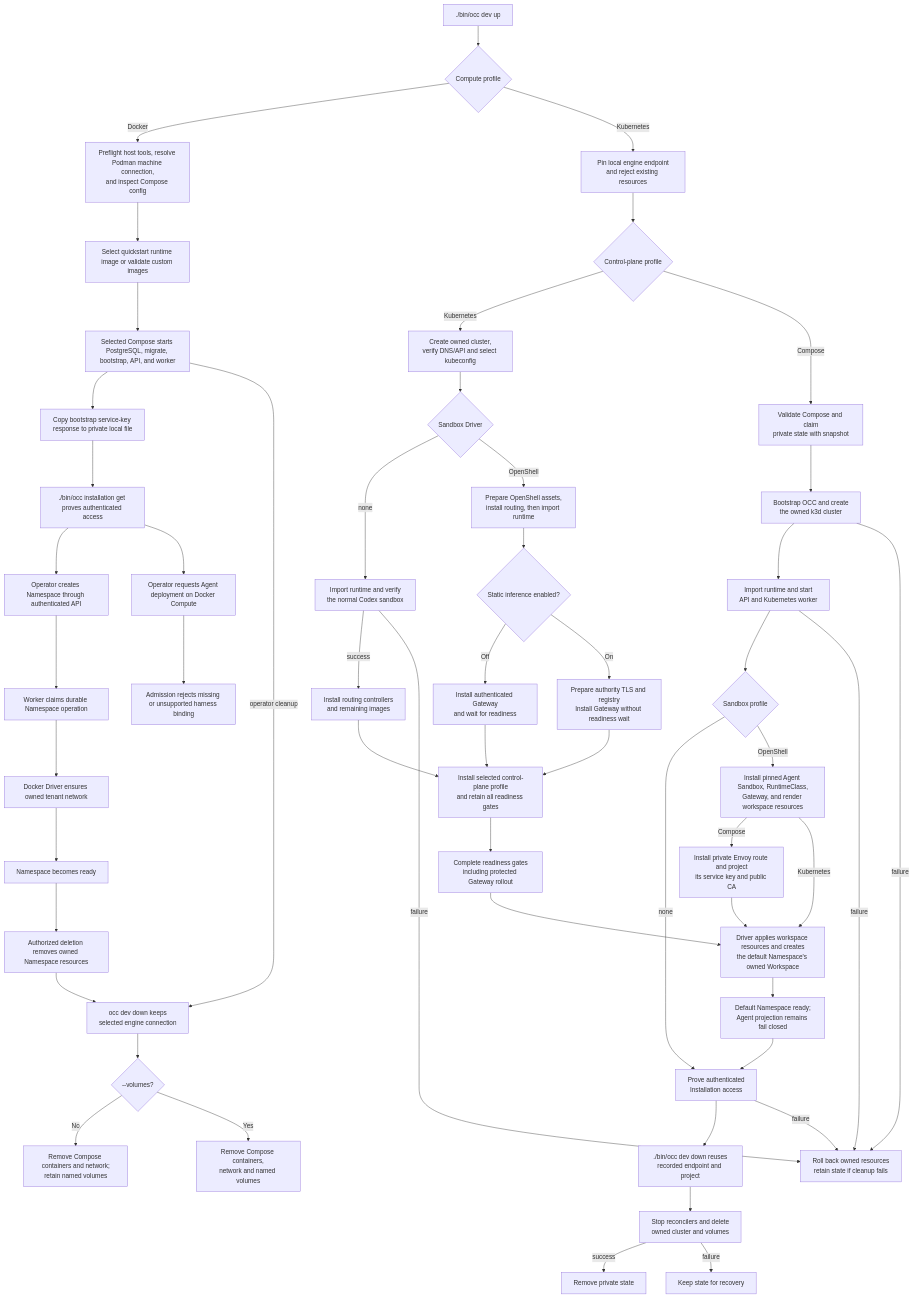
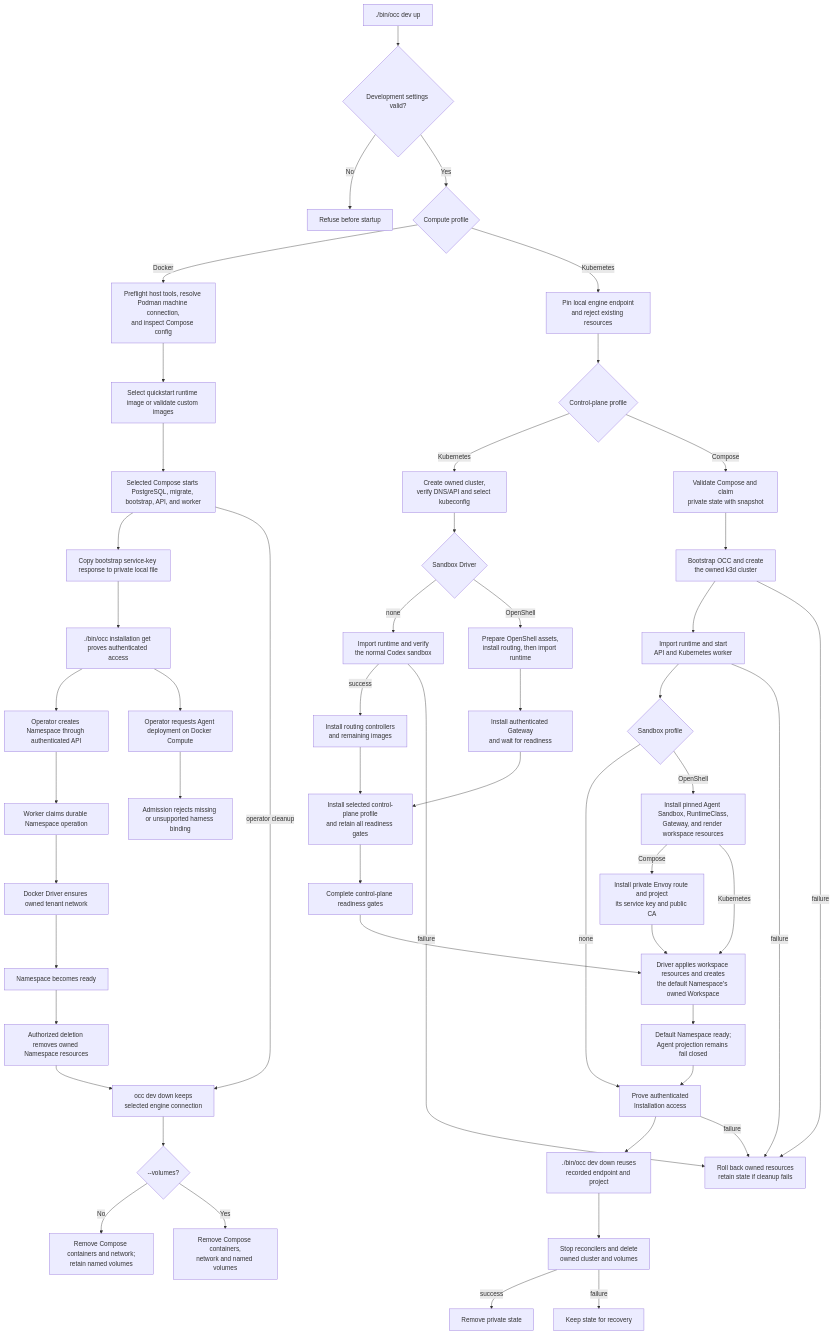
The diagram in docs/flows/docker-compose-development.md (openclaw/openclaw-enterprise), drawn with Mermaid before and after one commit. The commit also changed other lines of this file, not shown here.

Commit message:
Remove the retired startup branch from the development flow

````diff
--- a/docs/flows/docker-compose-development.md
+++ b/docs/flows/docker-compose-development.md
@@ -50,56 +50,55 @@
 ```mermaid
 graph TD
-  A["./bin/occ dev up"] --> Profile{"Compute profile"}
+  A["./bin/occ dev up"] --> Guard{"Development settings valid?"}
+  Guard -->|No| Refuse["Refuse before startup"]
+  Guard -->|Yes| Profile{"Compute profile"}
   Profile -->|Docker| B["Preflight host tools, resolve Podman machine connection,<br/>and inspect Compose config"]
   Profile -->|Kubernetes| KPre["Pin local engine endpoint<br/>and reject existing resources"]
   KPre --> KControl{"Control-plane profile"}
   KControl -->|Kubernetes| KOwned["Create owned cluster,<br/>verify DNS/API and select kubeconfig"]
   KOwned --> KDriver{"Sandbox Driver"}
   KDriver -->|none| KCodex["Import runtime and verify<br/>the normal Codex sandbox"]
   KCodex -->|success| KRoutingFirst["Install routing controllers<br/>and remaining images"]
   KCodex -->|failure| KRollback
   KDriver -->|OpenShell| KOpenFirst["Prepare OpenShell assets,<br/>install routing, then import runtime"]
   KRoutingFirst --> KOnly["Install selected control-plane profile<br/>and retain all readiness gates"]
-  KOpenFirst --> KProtection{"Static inference enabled?"}
-  KProtection -->|Off| KGateway["Install authenticated Gateway<br/>and wait for readiness"]
+  KOpenFirst --> KGateway["Install authenticated Gateway<br/>and wait for readiness"]
   KGateway --> KOnly
-  KProtection -->|On| KAuthority["Prepare authority TLS and registry<br/>Install Gateway without readiness wait"]
-  KAuthority --> KOnly
-  KOnly --> KWait["Complete readiness gates<br/>including protected Gateway rollout"]
+  KOnly --> KWait["Complete control-plane readiness gates"]
   KWait --> KWorkspace
   KControl -->|Compose| KConfig["Validate Compose and claim<br/>private state with snapshot"]
   KConfig --> KStart["Bootstrap OCC and create<br/>the owned k3d cluster"]
   KStart --> KReady["Import runtime and start<br/>API and Kubernetes worker"]
   KReady --> KSandbox{"Sandbox profile"}
   KSandbox -->|none| KProof
   KSandbox -->|OpenShell| KOpenShell["Install pinned Agent Sandbox, RuntimeClass,<br/>Gateway, and render workspace resources"]
   KOpenShell -->|Compose| KRouting["Install private Envoy route and project<br/>its service key and public CA"]
   KRouting --> KWorkspace["Driver applies workspace resources and creates<br/>the default Namespace's owned Workspace"]
   KOpenShell -->|Kubernetes| KWorkspace
   KWorkspace --> KFailClosed["Default Namespace ready;<br/>Agent projection remains fail closed"]
   KFailClosed --> KProof
   KProof["Prove authenticated<br/>Installation access"]
   KProof --> KDown["./bin/occ dev down reuses<br/>recorded endpoint and project"]
   KStart -->|failure| KRollback["Roll back owned resources<br/>retain state if cleanup fails"]
   KReady -->|failure| KRollback
   KProof -->|failure| KRollback
   KDown --> KRemove["Stop reconcilers and delete<br/>owned cluster and volumes"]
   KRemove -->|success| KDone["Remove private state"]
   KRemove -->|failure| KRetain["Keep state for recovery"]
   B --> C["Select quickstart runtime image or validate custom images"]
   C --> D["Selected Compose starts PostgreSQL, migrate, bootstrap, API, and worker"]
   D --> E["Copy bootstrap service-key response to private local file"]
   E --> F["./bin/occ installation get proves authenticated access"]
   F --> G["Operator creates Namespace through authenticated API"]
   G --> H["Worker claims durable Namespace operation"]
   H --> I["Docker Driver ensures owned tenant network"]
   I --> J["Namespace becomes ready"]
   F --> K["Operator requests Agent deployment on Docker Compute"]
   K --> L["Admission rejects missing or unsupported harness binding"]
   J --> M["Authorized deletion removes owned Namespace resources"]
   D -->|operator cleanup| CDown["occ dev down keeps<br/>selected engine connection"]
   M --> CDown
   CDown --> CVolumes{"--volumes?"}
   CVolumes -->|No| CKeep["Remove Compose containers and network;<br/>retain named volumes"]
   CVolumes -->|Yes| CDelete["Remove Compose containers,<br/>network and named volumes"]
 ```
````
